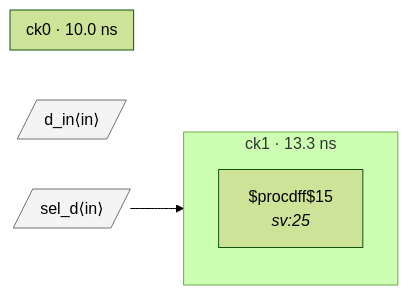
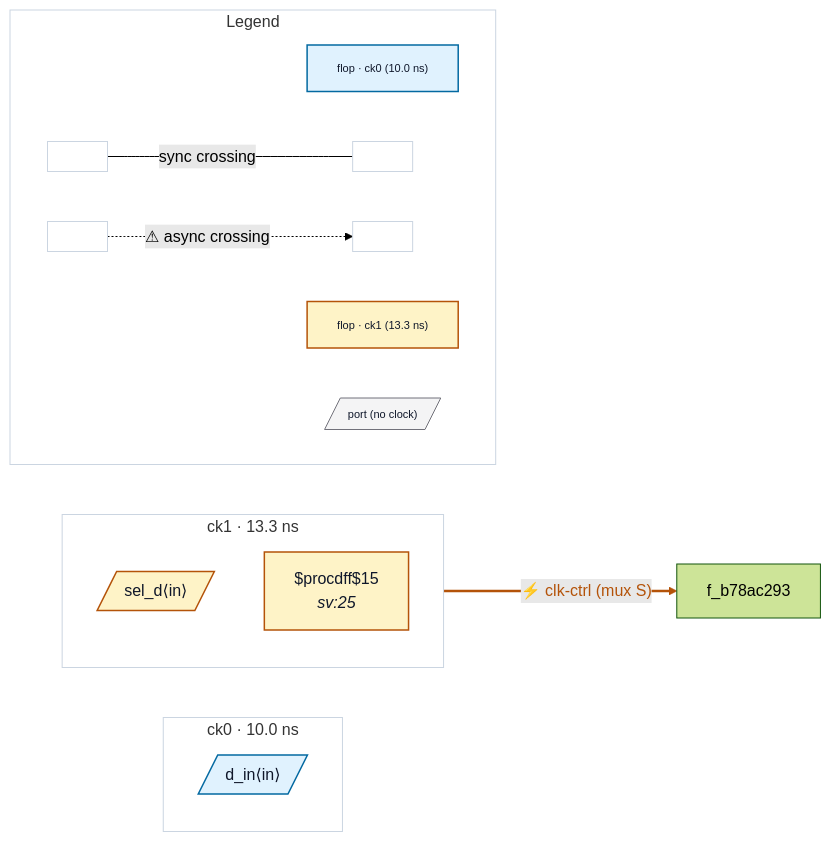
Before and after one commit to rtl-buddy/rtl-buddy-cdc: the diagram in tests/fixtures/bad_techmap_async_clock_mux/README.md, drawn with Mermaid (forest theme). The commit also changed 71 other files, not shown here.

First line of the commit message:
Refresh fixture READMEs + render iterations (colors, legend, nested ports, clock-net edges)

````diff
--- a/tests/fixtures/bad_techmap_async_clock_mux/README.md
+++ b/tests/fixtures/bad_techmap_async_clock_mux/README.md
@@ -16,15 +16,41 @@
 ```mermaid
 %% bad_techmap_async_clock_mux — generated by rtl-buddy-cdc render
 flowchart LR
   subgraph clk_ck0["ck0 · 10.0 ns"]
     direction TB
+    p_in_d_in[/"d_in⟨in⟩"/]:::ckcls_ck0
   end
   subgraph clk_ck1["ck1 · 13.3 ns"]
     direction TB
-    f_297e88af["$procdff$15<br/><i>sv:25</i>"]
+    p_in_sel_d[/"sel_d⟨in⟩"/]:::ckcls_ck1
+    f_297e88af["$procdff$15<br/><i>sv:25</i>"]:::ckcls_ck1
   end
-  p_in_d_in[/"d_in⟨in⟩"/]:::port
-  p_in_sel_d[/"sel_d⟨in⟩"/]:::port
-  p_in_sel_d --> f_297e88af
-  classDef port fill:#f4f4f5,stroke:#71717a
+  f_297e88af ==> |"⚡ clk-ctrl (mux S)"| f_b78ac293
+  subgraph rb_legend["Legend"]
+    direction LR
+    lg_clk_ck0["flop · ck0 (10.0 ns)"]:::ckcls_ck0
+    lg_clk_ck1["flop · ck1 (13.3 ns)"]:::ckcls_ck1
+    lg_port[/"port (no clock)"/]:::port_unassigned
+    lg_sync_a[" "]:::ckcls_legend_neutral
+    lg_sync_b[" "]:::ckcls_legend_neutral
+    lg_async_a[" "]:::ckcls_legend_neutral
+    lg_async_b[" "]:::ckcls_legend_neutral
+    lg_sync_a --- |"sync crossing"| lg_sync_b
+    lg_async_a -. "⚠ async crossing" .-> lg_async_b
+  end
+  style clk_ck0 fill:none,stroke:#cbd5e1
+  style clk_ck1 fill:none,stroke:#cbd5e1
+  style rb_legend fill:none,stroke:#cbd5e1
+  style lg_clk_ck0 font-size:11px
+  style lg_clk_ck1 font-size:11px
+  style lg_port font-size:11px
+  style lg_sync_a font-size:11px
+  style lg_sync_b font-size:11px
+  style lg_async_a font-size:11px
+  style lg_async_b font-size:11px
+  linkStyle 0 stroke:#b45309,stroke-width:2.5px,color:#b45309
+  classDef ckcls_ck0 fill:#e0f2fe,stroke:#0369a1,stroke-width:1.5px,color:#0f172a
+  classDef ckcls_ck1 fill:#fef3c7,stroke:#b45309,stroke-width:1.5px,color:#0f172a
+  classDef port_unassigned fill:#f4f4f5,stroke:#71717a,color:#0f172a
+  classDef ckcls_legend_neutral fill:#ffffff,stroke:#cbd5e1,stroke-width:1px,color:#0f172a
 ```
````
